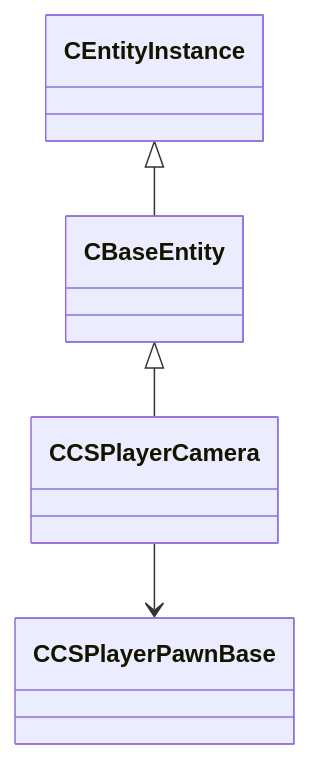
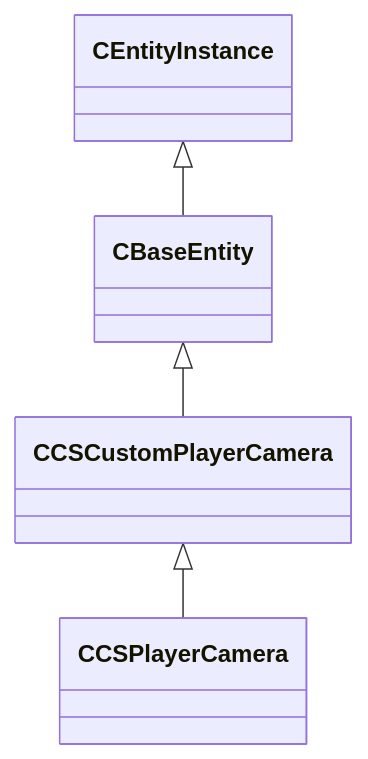
One commit to CS2OpenDev/CS2OpenDev-Docs changed the diagram in docs/generated/schemas/server/CCSPlayerCamera.md. Above: the diagram before and after it, drawn with Mermaid. The commit also changed other lines of this file and 4470 other files, not shown here.

Commit message:
docs: regenerate for SchemaTracker build 25218825 [skip ci]

````diff
--- a/docs/generated/schemas/server/CCSPlayerCamera.md
+++ b/docs/generated/schemas/server/CCSPlayerCamera.md
@@ -21,6 +21,6 @@
 ```mermaid
 classDiagram
-    CBaseEntity <|-- CCSPlayerCamera
+    CCSCustomPlayerCamera <|-- CCSPlayerCamera
+    CBaseEntity <|-- CCSCustomPlayerCamera
     CEntityInstance <|-- CBaseEntity
-    CCSPlayerCamera --> CCSPlayerPawnBase
 ```
````
